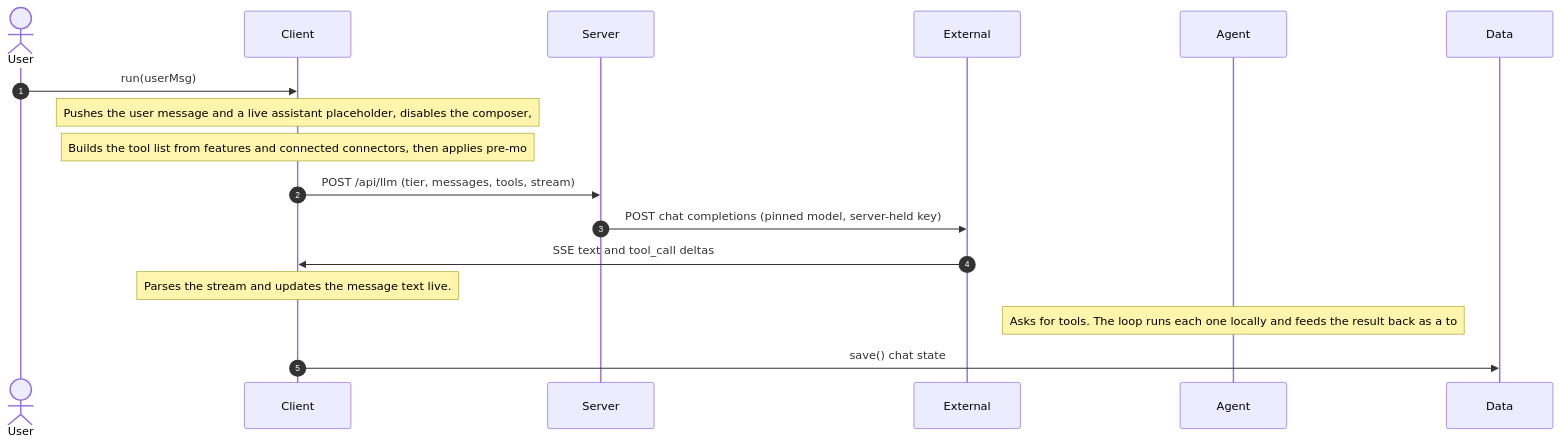
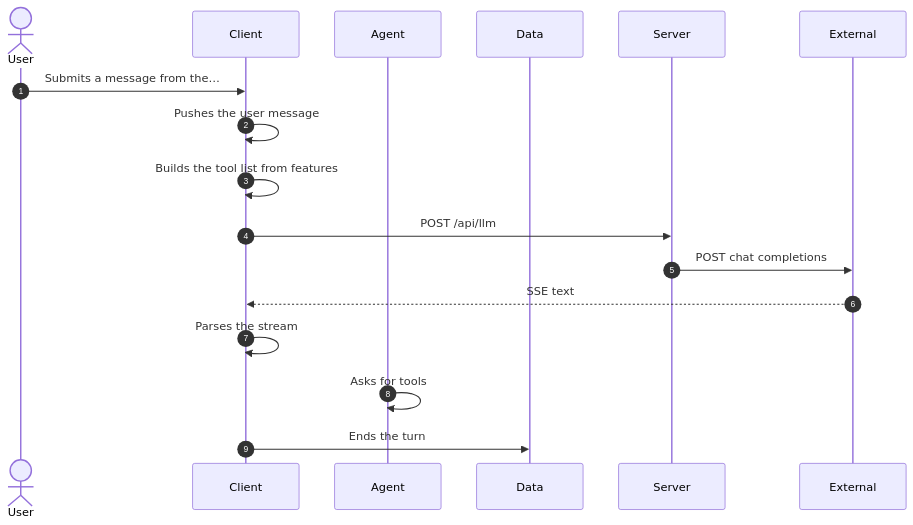
Before and after one commit to lngsa1234/mini-muse-mvp: the diagram in docs/architecture/workflows/chat-turn.md, drawn with Mermaid. The commit also changed 4 other files, not shown here.

````diff
--- a/docs/architecture/workflows/chat-turn.md
+++ b/docs/architecture/workflows/chat-turn.md
@@ -15,19 +15,19 @@
 ```mermaid
 sequenceDiagram
   autonumber
   actor user as User
   participant client as Client
+  participant agent as Agent
+  participant data as Data
   participant server as Server
   participant external as External
-  participant agent as Agent
-  participant data as Data
-  user->>client: run(userMsg)
-  Note over client: Pushes the user message and a live assistant placeholder, disables the composer,
-  Note over client: Builds the tool list from features and connected connectors, then applies pre-mo
-  client->>server: POST /api/llm (tier, messages, tools, stream)
-  server->>external: POST chat completions (pinned model, server-held key)
-  external->>client: SSE text and tool_call deltas
-  Note over client: Parses the stream and updates the message text live.
-  Note over agent: Asks for tools. The loop runs each one locally and feeds the result back as a to
-  client->>data: save() chat state
+  user->>client: Submits a message from the…
+  client->>client: Pushes the user message
+  client->>client: Builds the tool list from features
+  client->>server: POST /api/llm
+  server->>external: POST chat completions
+  external-->>client: SSE text
+  client->>client: Parses the stream
+  agent->>agent: Asks for tools
+  client->>data: Ends the turn
 ```
````
